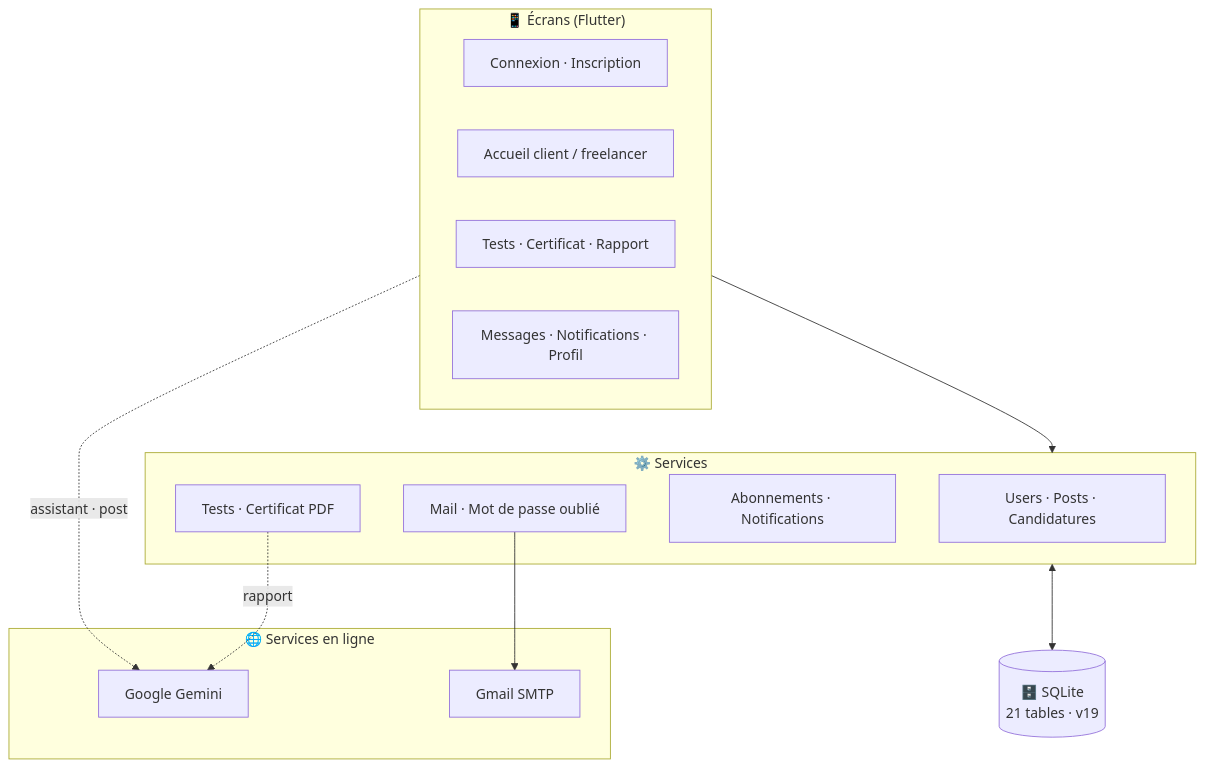
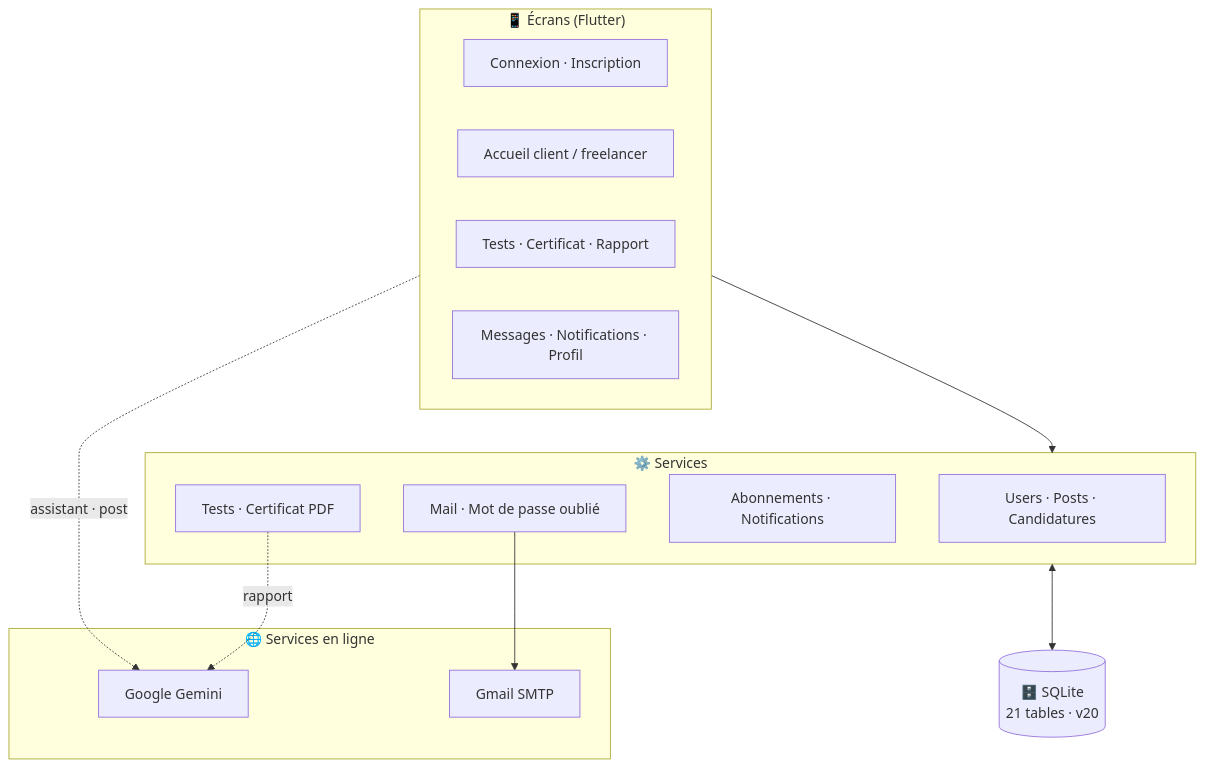
The second of 4 diagrams in README.md (BrahimGarram/Freelancify-mobile-2026-2027), drawn with Mermaid before and after one commit. The commit also changed other lines of this file and 12 other files, not shown here.

````diff
--- a/README.md
+++ b/README.md
@@ -169,24 +169,24 @@
 ```mermaid
 flowchart TB
     subgraph UI["📱 Écrans (Flutter)"]
         S1[Connexion · Inscription]
         S2[Accueil client / freelancer]
         S3[Tests · Certificat · Rapport]
         S4[Messages · Notifications · Profil]
     end
     subgraph SRV["⚙️ Services"]
         SV1[Users · Posts · Candidatures]
         SV2[Tests · Certificat PDF]
         SV3[Abonnements · Notifications]
         SV4[Mail · Mot de passe oublié]
     end
     subgraph EXT["🌐 Services en ligne"]
         G[Google Gemini]
         M[Gmail SMTP]
     end
     UI --> SRV
-    SRV <--> DB[(🗄️ SQLite<br/>21 tables · v19)]
+    SRV <--> DB[(🗄️ SQLite<br/>21 tables · v20)]
     SV2 -. rapport .-> G
     UI -. assistant · post .-> G
     SV4 --> M
 ```
````
